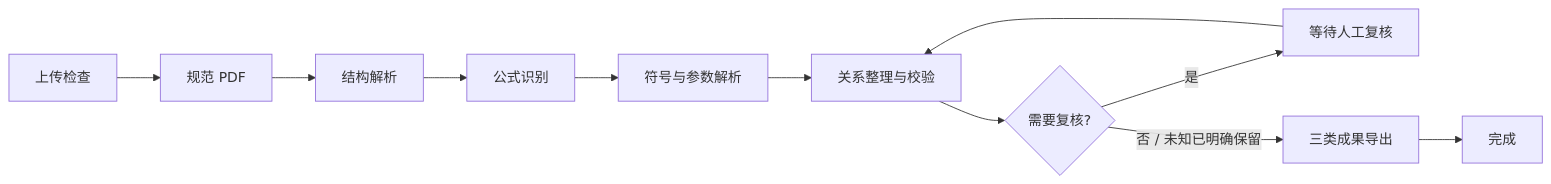
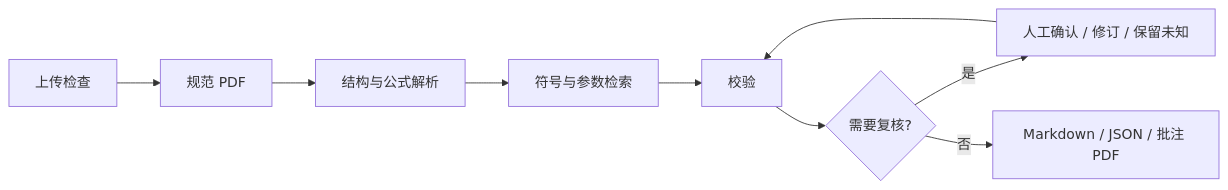
One commit to gray-crow-1019/Paper2Formula-agent changed the diagram in README.md. Above: the diagram before and after it, drawn with Mermaid. The commit also changed other lines of this file and 71 other files, not shown here.

````diff
--- a/README.md
+++ b/README.md
@@ -49,13 +53,11 @@
 ```mermaid
 flowchart LR
     A[上传检查] --> B[规范 PDF]
-    B --> C[结构解析]
-    C --> D[公式识别]
-    D --> E[符号与参数解析]
-    E --> F[关系整理与校验]
-    F --> R{需要复核?}
-    R -->|是| H[等待人工复核]
-    H --> F
-    R -->|否 / 未知已明确保留| X[三类成果导出]
-    X --> Z[完成]
+    B --> C[结构与公式解析]
+    C --> D[符号与参数检索]
+    D --> E[校验]
+    E --> R{需要复核?}
+    R -->|是| H[人工确认 / 修订 / 保留未知]
+    H --> E
+    R -->|否| X[Markdown / JSON / 批注 PDF]
 ```
````
